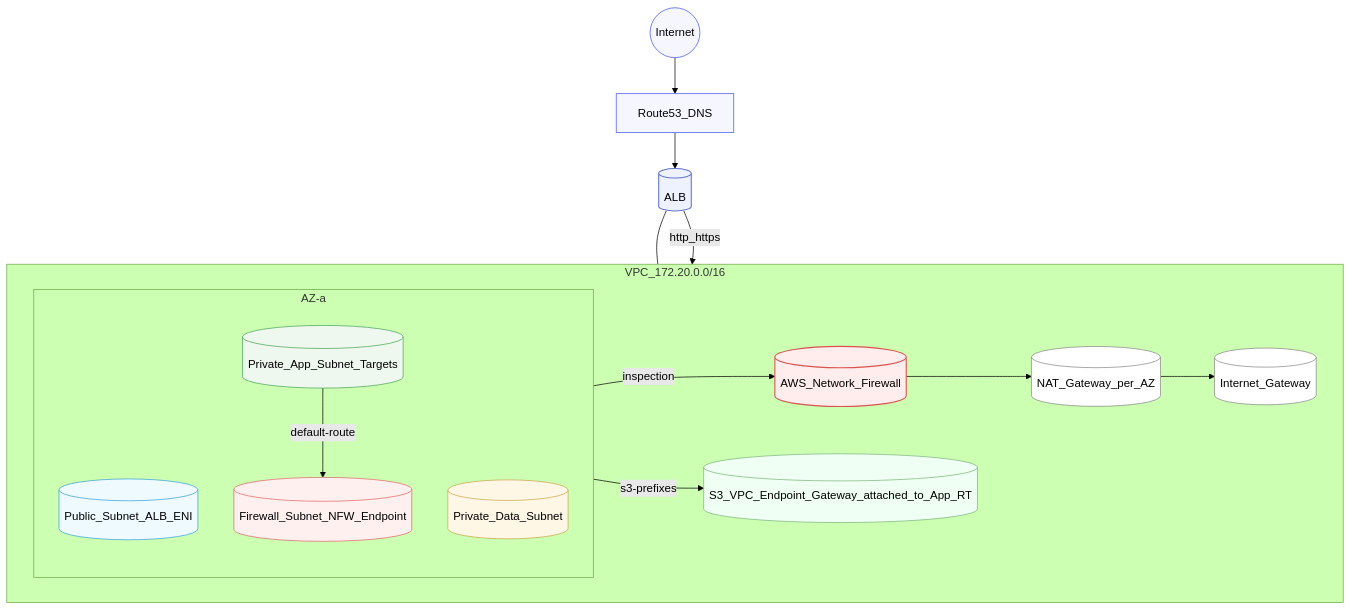
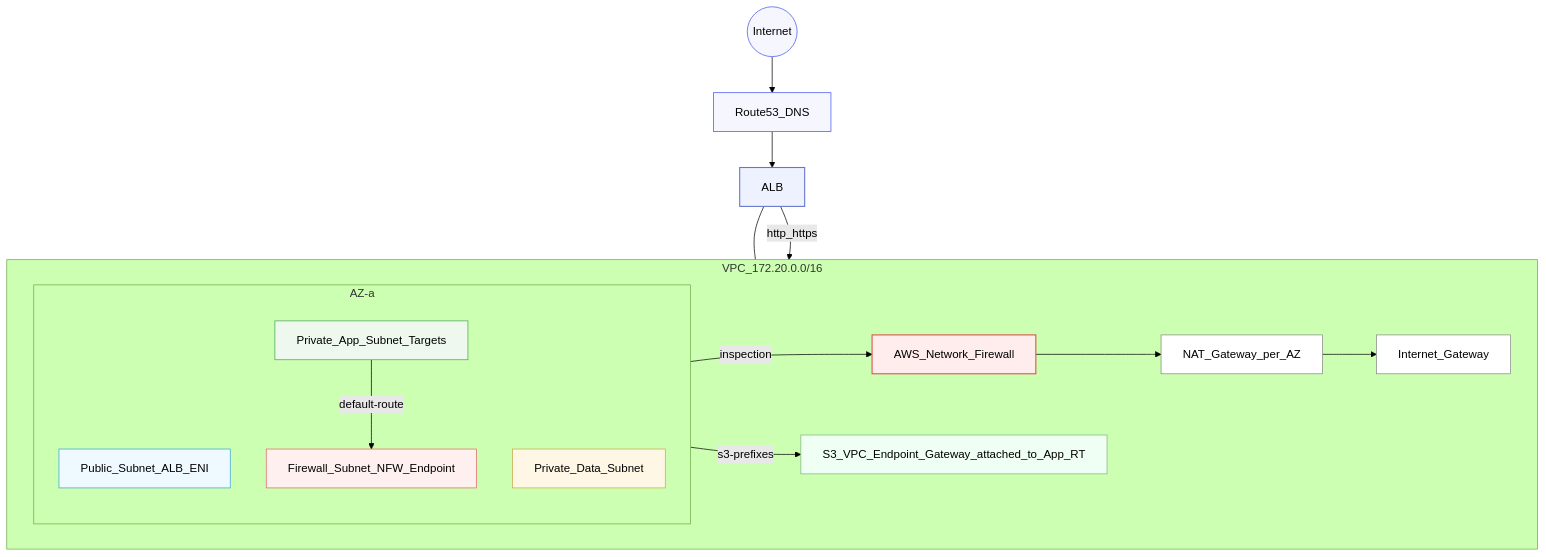
The second of 4 diagrams in infra/diagram/vpc-v3.md (ytensor42/dev-sec-ops), drawn with Mermaid (forest theme) before and after one commit. The commit also changed other lines of this file, not shown here.

Commit message:
Add VPC diagram #10

````diff
--- a/infra/diagram/vpc-v3.md
+++ b/infra/diagram/vpc-v3.md
@@ -68,57 +68,57 @@
 ```mermaid
 flowchart TB
   Internet((Internet)) --> R53[Route53_DNS]
-  R53 --> ALB[(ALB)]
+  R53 --> ALB[ALB]
 
   subgraph VPC[VPC_172.20.0.0/16]
     direction LR
 
     subgraph AZa[AZ-a]
       direction TB
-      PUBa[(Public_Subnet_ALB_ENI)]
-      FWa[(Firewall_Subnet_NFW_Endpoint)]
-      APPa[(Private_App_Subnet_Targets)]
-      DATAa[(Private_Data_Subnet)]
+      PUBa[Public_Subnet_ALB_ENI]
+      FWa[Firewall_Subnet_NFW_Endpoint]
+      APPa[Private_App_Subnet_Targets]
+      DATAa[Private_Data_Subnet]
     end
 
-    NAT[(NAT_Gateway_per_AZ)]
-    IGW[(Internet_Gateway)]
-    NFW[(AWS_Network_Firewall)]
-    S3EP[(S3_VPC_Endpoint_Gateway_attached_to_App_RT)]
+    NAT[NAT_Gateway_per_AZ]
+    IGW[Internet_Gateway]
+    NFW[AWS_Network_Firewall]
+    S3EP[S3_VPC_Endpoint_Gateway_attached_to_App_RT]
   end
 
   %% ALB in public subnet; ingress to app targets
   ALB --- PUBa
   ALB -->|http_https| APPa
 
   %% App egress via firewall subnet and NAT to internet
   APPa -->|default-route| FWa
   FWa -->|inspection| NFW
   NFW --> NAT --> IGW
 
   %% App to S3 via Gateway endpoint (bypass NFW/NAT)
   APPa -->|s3-prefixes| S3EP
 
   %% styling
   classDef ext fill:#f6f6ff,stroke:#6270f0,stroke-width:1.2;
   classDef pub fill:#eefaff,stroke:#3aa0d8;
   classDef app fill:#eef8ee,stroke:#4aa35a;
   classDef data fill:#fff7e6,stroke:#caa64a;
   classDef fw fill:#fff0f0,stroke:#e06666;
   classDef fwcore fill:#ffecec,stroke:#d9534f,stroke-width:1.5;
   classDef nat fill:#fff,stroke:#888;
   classDef igw fill:#fff,stroke:#888;
   classDef s3 fill:#f0fff4,stroke:#7db47d;
   classDef lb fill:#eef2ff,stroke:#6574cd,stroke-width:1.5;
 
   class Internet,R53 ext;
   class PUBa pub;
   class APPa app;
   class DATAa data;
   class FWa fw;
   class NFW fwcore;
   class NAT nat;
   class IGW igw;
   class S3EP s3;
   class ALB lb;
 ```
````
